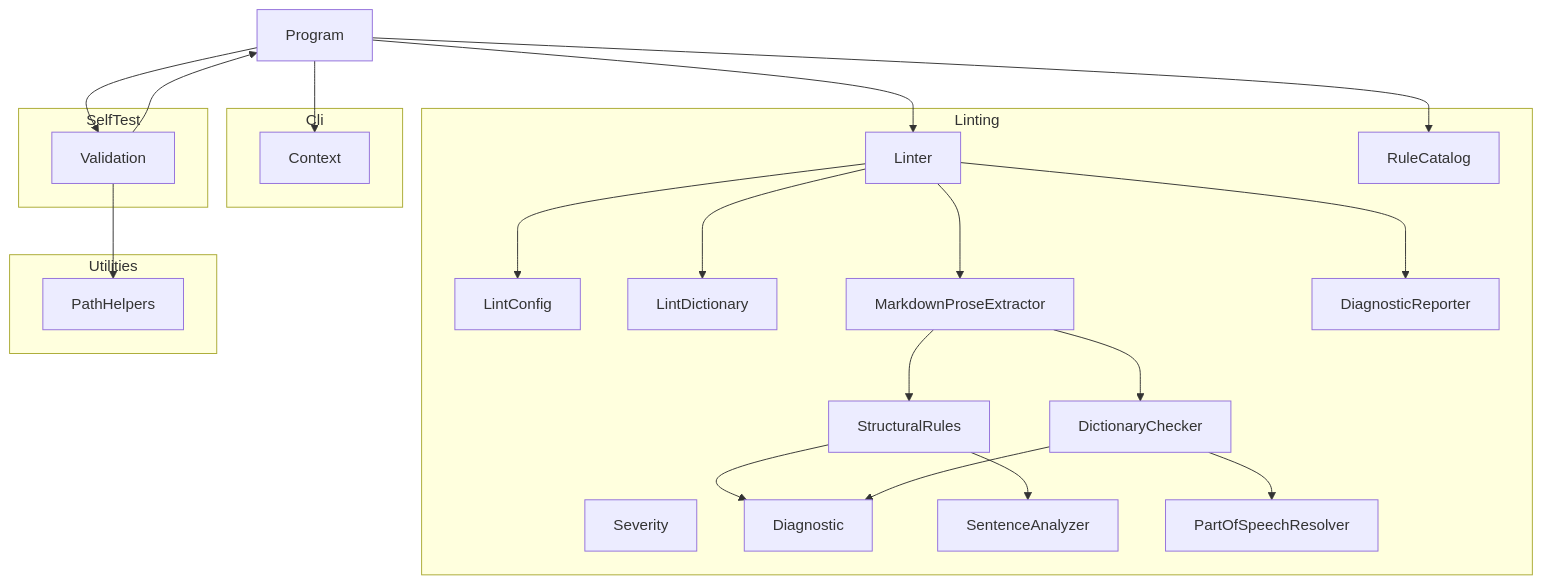
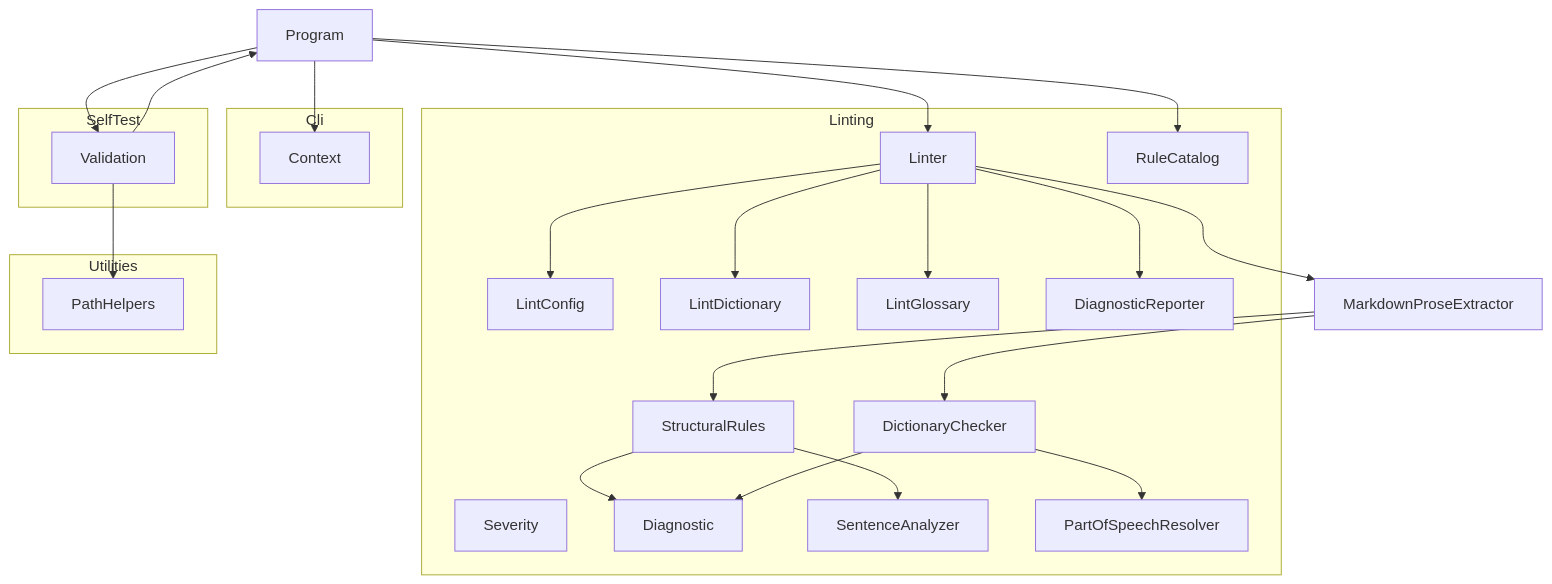
Before and after one commit to demaconsulting/Ste100Mark: the diagram in docs/design/ste100-mark.md, drawn with Mermaid. The commit also changed 33 other files, not shown here.

````diff
--- a/docs/design/ste100-mark.md
+++ b/docs/design/ste100-mark.md
@@ -11,43 +11,44 @@
 ```mermaid
 flowchart TD
     Program
     subgraph Cli
         Context
     end
     subgraph Linting
         Severity
         Diagnostic
         LintConfig
         LintDictionary
-        MarkdownProseExtractor
+        LintGlossary
         SentenceAnalyzer
         StructuralRules
         DictionaryChecker
         PartOfSpeechResolver
         DiagnosticReporter
         Linter
         RuleCatalog
     end
     subgraph SelfTest
         Validation
     end
     subgraph Utilities
         PathHelpers
     end
     Program --> Context
     Program --> Linter
     Program --> Validation
     Program --> RuleCatalog
     Validation --> Program
     Validation --> PathHelpers
     Linter --> LintConfig
     Linter --> LintDictionary
+    Linter --> LintGlossary
     Linter --> MarkdownProseExtractor
     MarkdownProseExtractor --> StructuralRules
     MarkdownProseExtractor --> DictionaryChecker
     StructuralRules --> SentenceAnalyzer
     StructuralRules --> Diagnostic
     DictionaryChecker --> Diagnostic
     DictionaryChecker --> PartOfSpeechResolver
     Linter --> DiagnosticReporter
 ```
````
